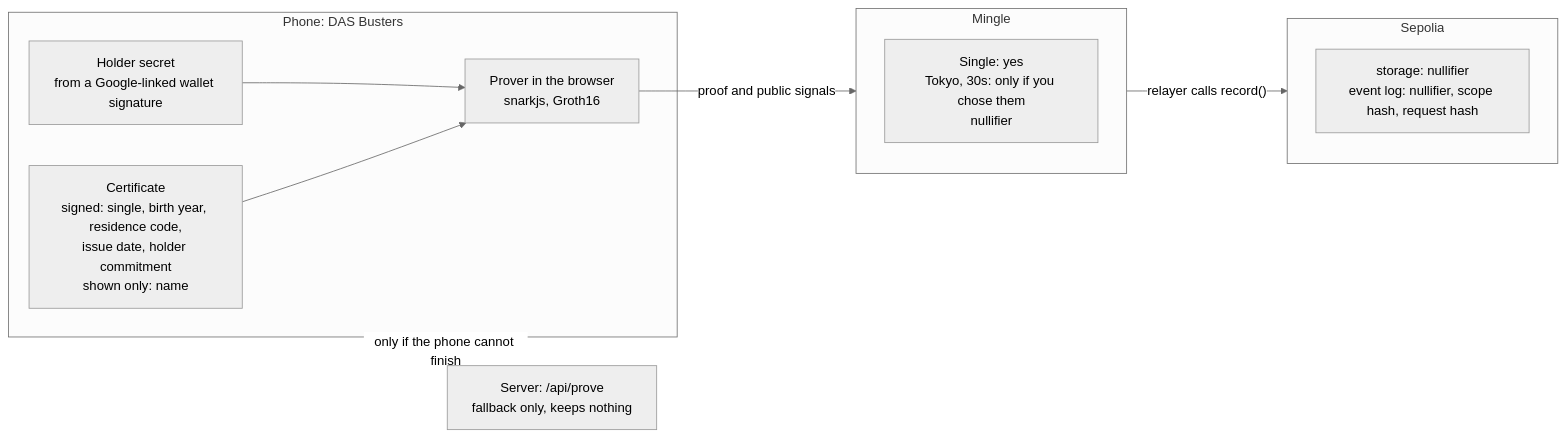
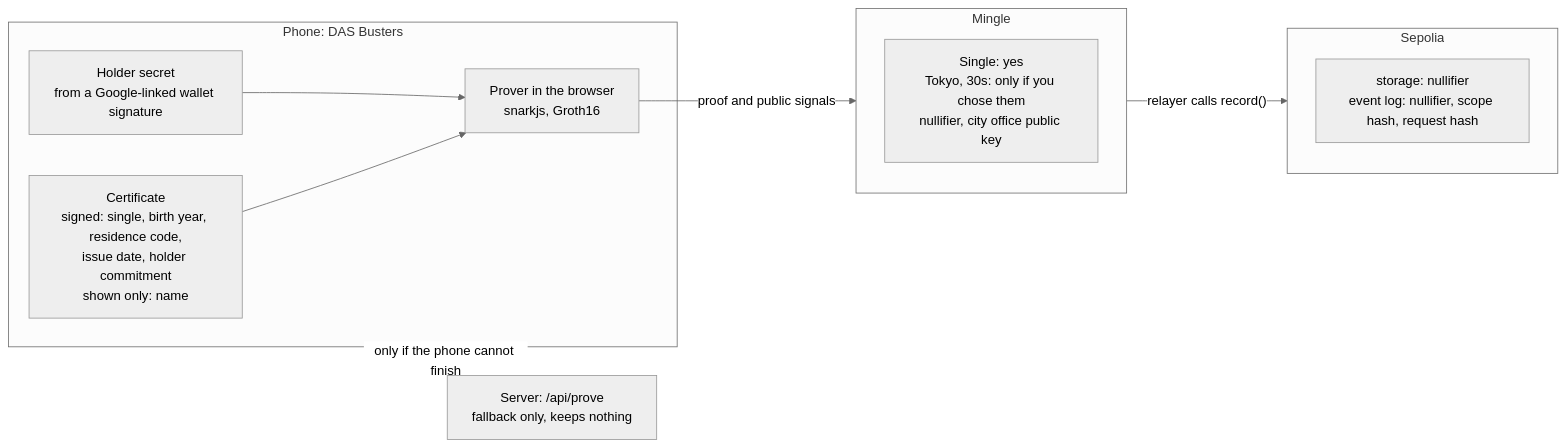
One commit to CobaltSato/das-busters changed the second of 5 diagrams in README.md. Above: the diagram before and after it, drawn with Mermaid (neutral theme). The commit also changed other lines of this file and 1 other file, not shown here.

````diff
--- a/README.md
+++ b/README.md
@@ -126,20 +126,20 @@
 ```mermaid
 flowchart LR
   subgraph phone["Phone: DAS Busters"]
     cert["Certificate<br/>signed: single, birth year, residence code,<br/>issue date, holder commitment<br/>shown only: name"]
     secret["Holder secret<br/>from a Google-linked wallet signature"]
     prove["Prover in the browser<br/>snarkjs, Groth16"]
   end
   fallback["Server: /api/prove<br/>fallback only, keeps nothing"]
   subgraph mingle["Mingle"]
-    seen["Single: yes<br/>Tokyo, 30s: only if you chose them<br/>nullifier"]
+    seen["Single: yes<br/>Tokyo, 30s: only if you chose them<br/>nullifier, city office public key"]
   end
   subgraph chain["Sepolia"]
     stored["storage: nullifier<br/>event log: nullifier, scope hash, request hash"]
   end
   cert --> prove
   secret --> prove
   phone -.->|"only if the phone cannot finish"| fallback
   prove -- "proof and public signals" --> mingle
   mingle -- "relayer calls record()" --> chain
 ```
````
